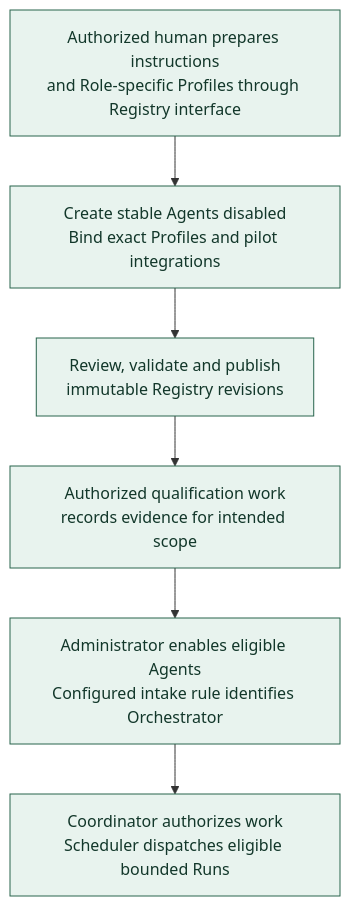
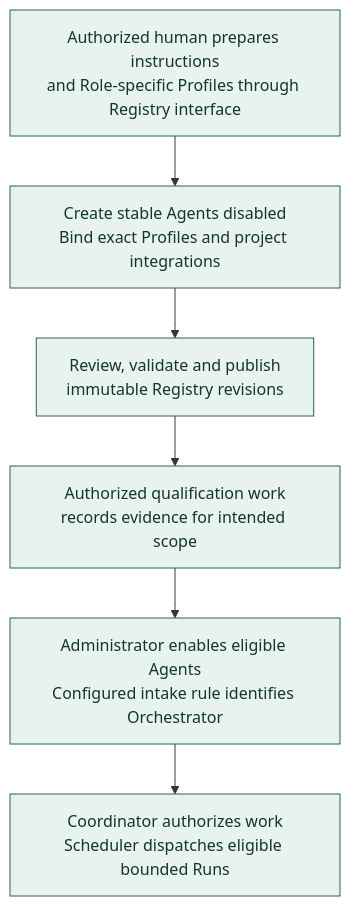
The diagram in docs/diagrams/first-agent-preparation.md (andrii2g/mobiraeon), drawn with Mermaid before and after one commit. The commit also changed 11 other files, not shown here.

Commit message:
finalized documentation and updated diagrams

````diff
--- a/docs/diagrams/first-agent-preparation.md
+++ b/docs/diagrams/first-agent-preparation.md
@@ -5,16 +5,16 @@
 ```mermaid
 ---
 config:
   flowchart:
     wrappingWidth: 270
 ---
 flowchart TB
-    BOOT["Authorized human prepares instructions<br/>and Role-specific Profiles through Registry interface"] --> CREATE["Create stable Agents disabled<br/>Bind exact Profiles and pilot integrations"]
+    BOOT["Authorized human prepares instructions<br/>and Role-specific Profiles through Registry interface"] --> CREATE["Create stable Agents disabled<br/>Bind exact Profiles and project integrations"]
     CREATE --> PUBLISH["Review, validate and publish<br/>immutable Registry revisions"]
     PUBLISH --> QUALIFY["Authorized qualification work<br/>records evidence for intended scope"]
     QUALIFY --> ENABLE["Administrator enables eligible Agents<br/>Configured intake rule identifies Orchestrator"]
     ENABLE --> COORD["Coordinator authorizes work<br/>Scheduler dispatches eligible bounded Runs"]
 
     classDef agreed fill:#e8f3ee,stroke:#28644d,color:#12372a;
     class BOOT,CREATE,PUBLISH,QUALIFY,ENABLE,COORD agreed;
 ```
````
